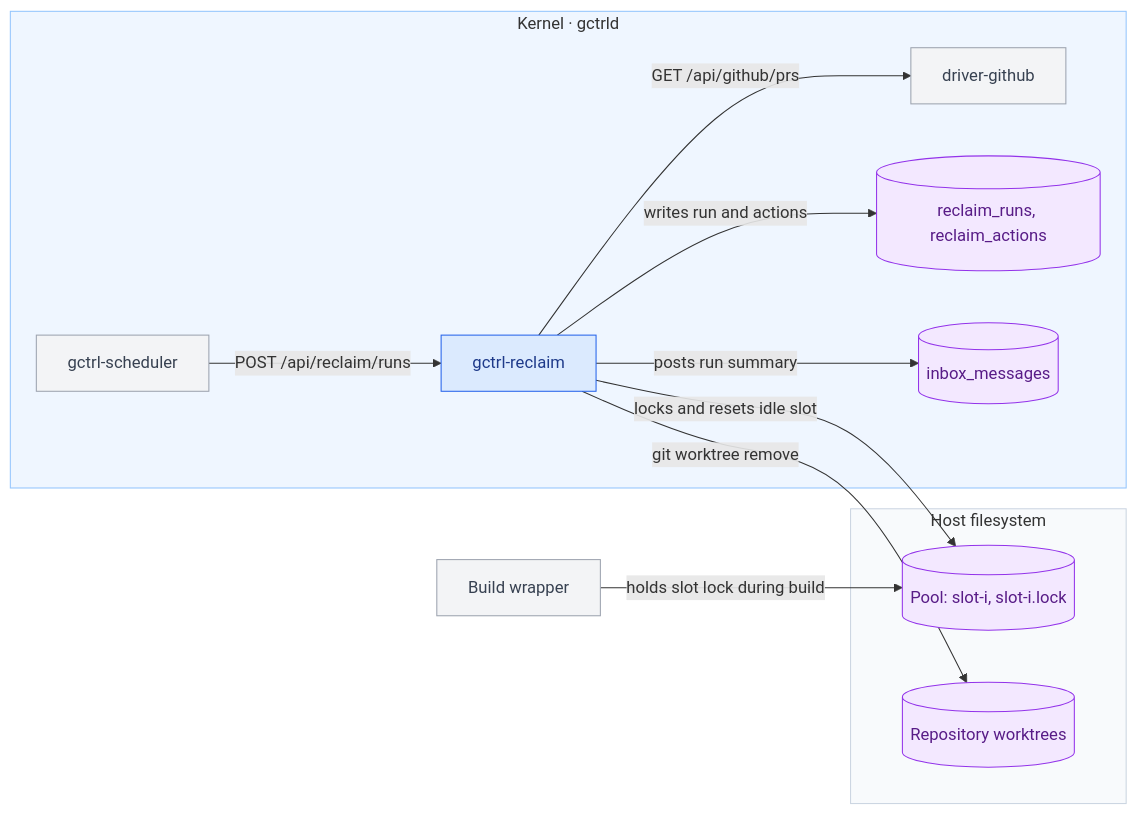
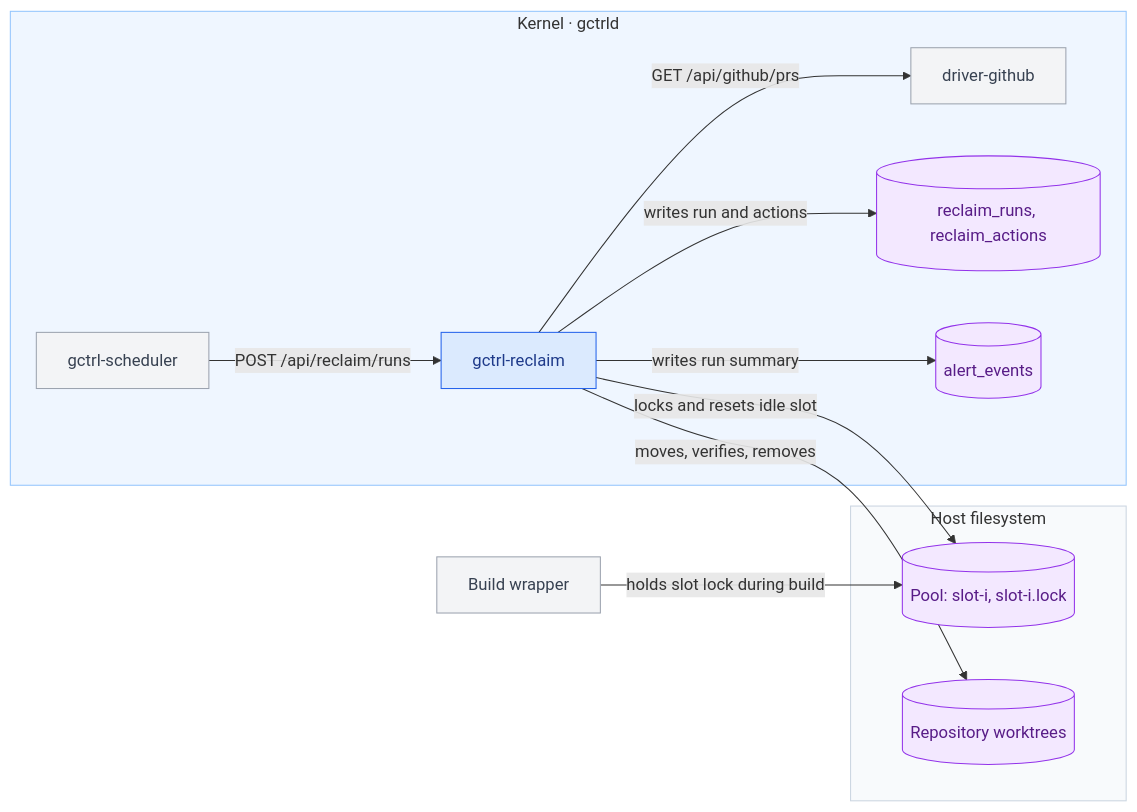
One commit to OpenHackersClub/gctrl changed the diagram in vault/specs/architecture/kernel/reclaim.md. Above: the diagram before and after it, drawn with Mermaid. The commit also changed other lines of this file and 2 other files, not shown here.

First line of the commit message:
docs(kernel): reclaim — quarantine before removal, atomic branch delete, config validation

````diff
--- a/vault/specs/architecture/kernel/reclaim.md
+++ b/vault/specs/architecture/kernel/reclaim.md
@@ -27,25 +27,25 @@
 ```mermaid
 flowchart LR
   subgraph kernel["Kernel · gctrld"]
     sched[gctrl-scheduler] -->|"POST /api/reclaim/runs"| reclaim[gctrl-reclaim]
     reclaim -->|"GET /api/github/prs"| gh[driver-github]
     reclaim -->|writes run and actions| runs[(reclaim_runs, reclaim_actions)]
-    reclaim -->|posts run summary| inbox[(inbox_messages)]
+    reclaim -->|writes run summary| alerts[(alert_events)]
   end
   subgraph host["Host filesystem"]
     pool[("Pool: slot-i, slot-i.lock")]
     wt[("Repository worktrees")]
   end
   wrapper[Build wrapper]
   reclaim -->|locks and resets idle slot| pool
-  reclaim -->|git worktree remove| wt
+  reclaim -->|moves, verifies, removes| wt
   wrapper -->|holds slot lock during build| pool
   classDef accent fill:#dbeafe,stroke:#2563eb,color:#1e3a8a
   classDef store fill:#f3e8ff,stroke:#9333ea,color:#581c87
   classDef muted fill:#f3f4f6,stroke:#9ca3af,color:#374151
   class reclaim accent
-  class runs,inbox,pool,wt store
+  class runs,alerts,pool,wt store
   class wrapper,sched,gh muted
   style kernel fill:#eff6ff,stroke:#93c5fd
   style host fill:#f8fafc,stroke:#cbd5e1
 ```
````
